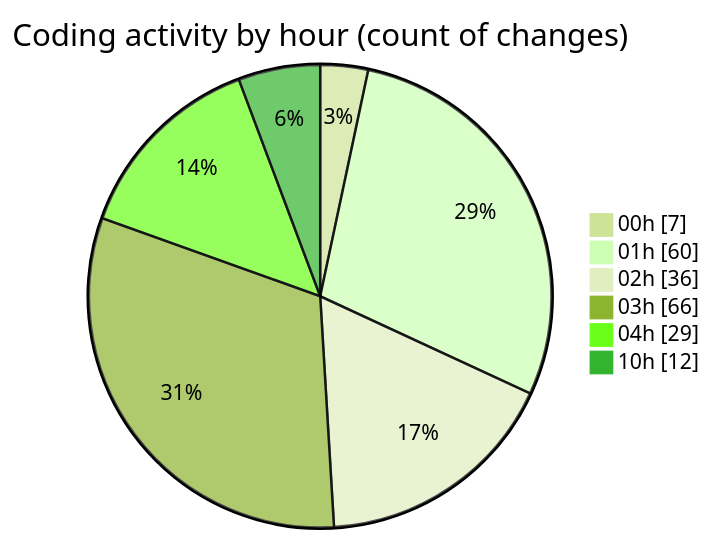
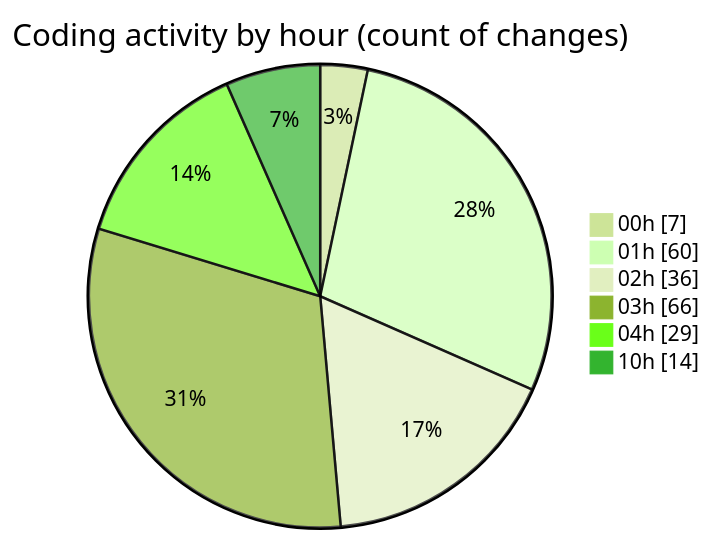
Before and after one commit to julien-gomy/code-tracking: the second of 2 diagrams in 2025-10-07/eventscop-frontend-guide__workspace_/README.md, drawn with Mermaid (forest theme). The commit also changed other lines of this file and 1 other file, not shown here.

````diff
--- a/2025-10-07/eventscop-frontend-guide__workspace_/README.md
+++ b/2025-10-07/eventscop-frontend-guide__workspace_/README.md
@@ -98,10 +100,10 @@
 ```mermaid
 pie showData
 title Coding activity by hour (count of changes)
 "00h" : 7
 "01h" : 60
 "02h" : 36
 "03h" : 66
 "04h" : 29
-"10h" : 12
+"10h" : 14
 ```
````
